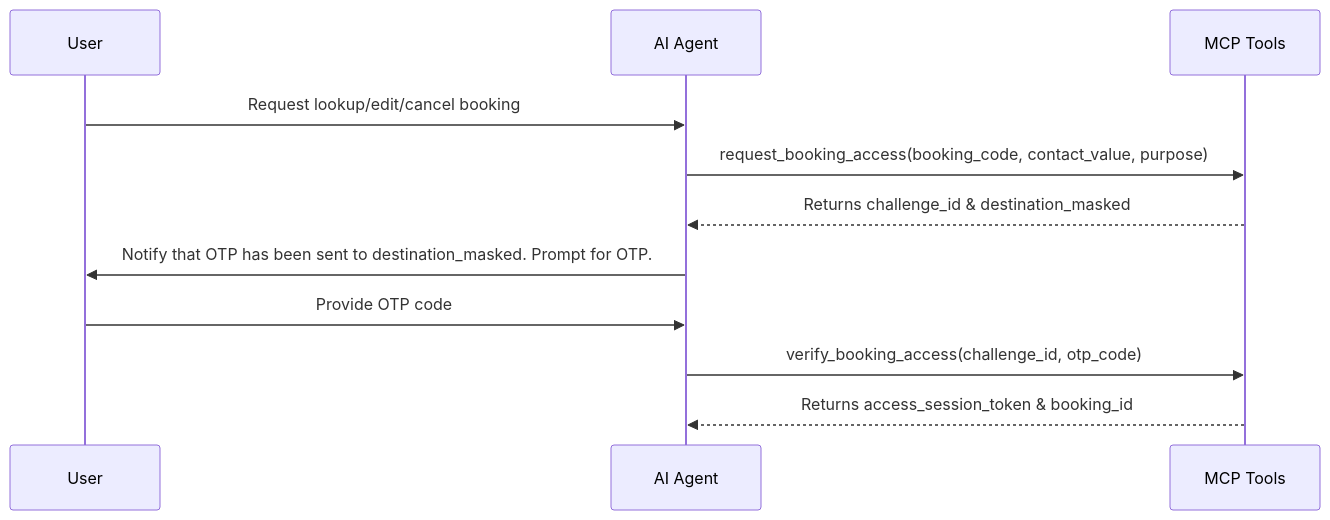
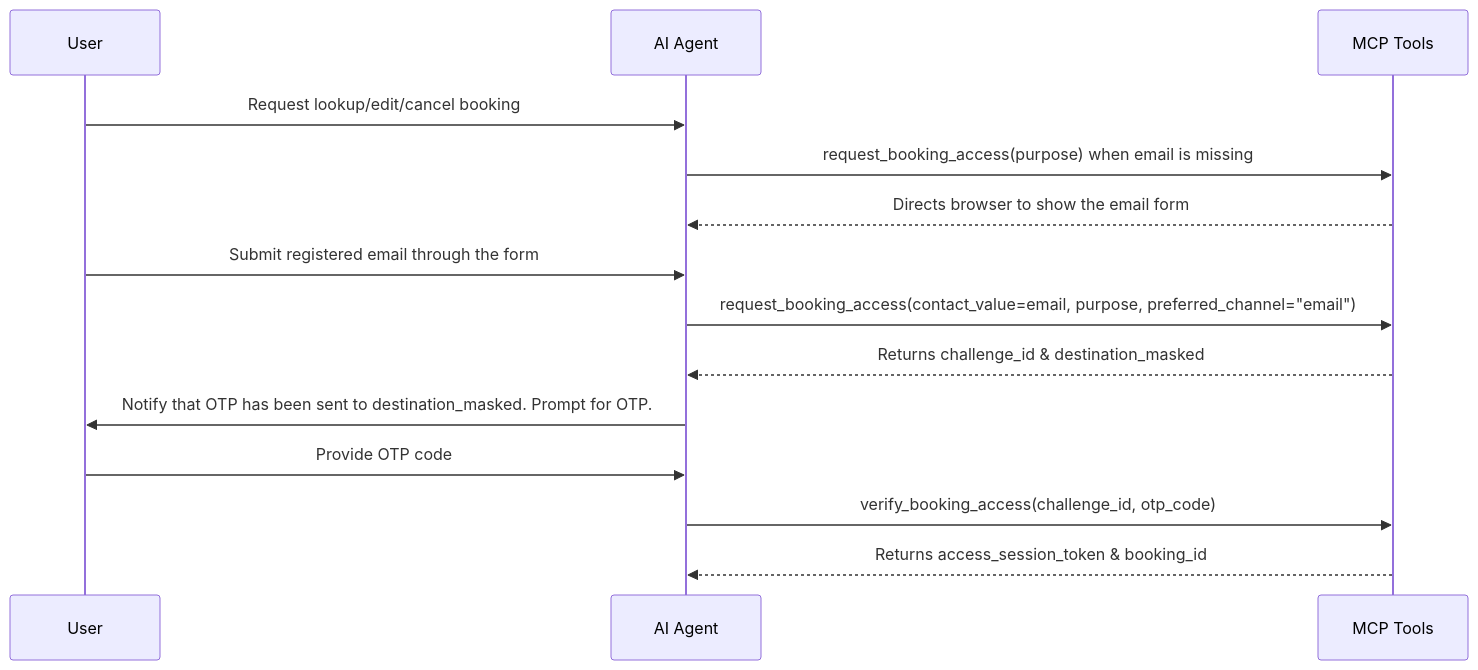
One commit to haichauht/vinfast-test-drive-booking changed the diagram in backend/src/agents/skills/booking_skill/SKILL.md. Above: the diagram before and after it, drawn with Mermaid. The commit also changed other lines of this file and 54 other files, not shown here.

````diff
--- a/backend/src/agents/skills/booking_skill/SKILL.md
+++ b/backend/src/agents/skills/booking_skill/SKILL.md
@@ -81,14 +82,17 @@
 ```mermaid
 sequenceDiagram
     participant User as User
     participant Agent as AI Agent
     participant Tool as MCP Tools
 
     User->>Agent: Request lookup/edit/cancel booking
-    Agent->>Tool: request_booking_access(booking_code, contact_value, purpose)
+    Agent->>Tool: request_booking_access(purpose) when email is missing
+    Tool-->>Agent: Directs browser to show the email form
+    User->>Agent: Submit registered email through the form
+    Agent->>Tool: request_booking_access(contact_value=email, purpose, preferred_channel="email")
     Tool-->>Agent: Returns challenge_id & destination_masked
     Agent->>User: Notify that OTP has been sent to destination_masked. Prompt for OTP.
     User->>Agent: Provide OTP code
     Agent->>Tool: verify_booking_access(challenge_id, otp_code)
     Tool-->>Agent: Returns access_session_token & booking_id
 ```
````
